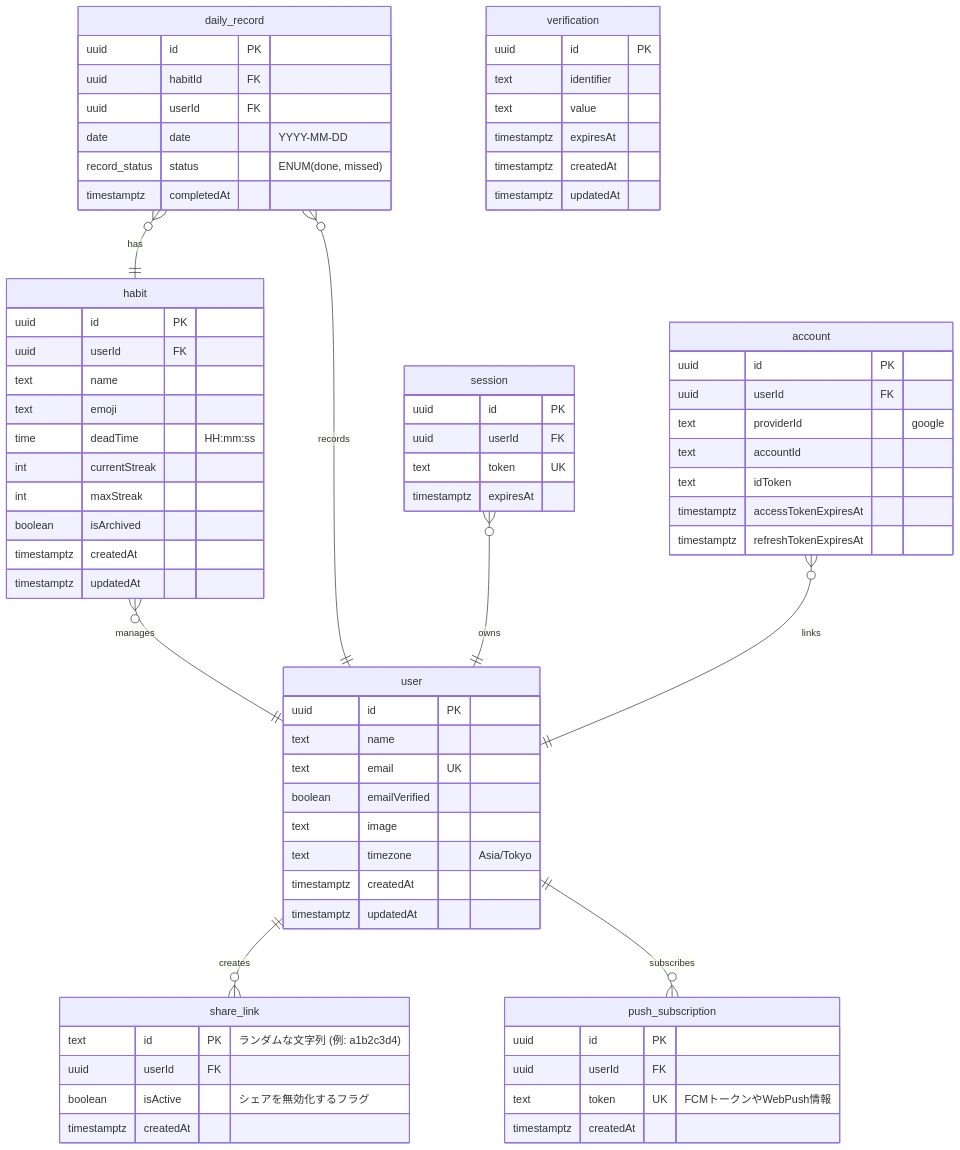
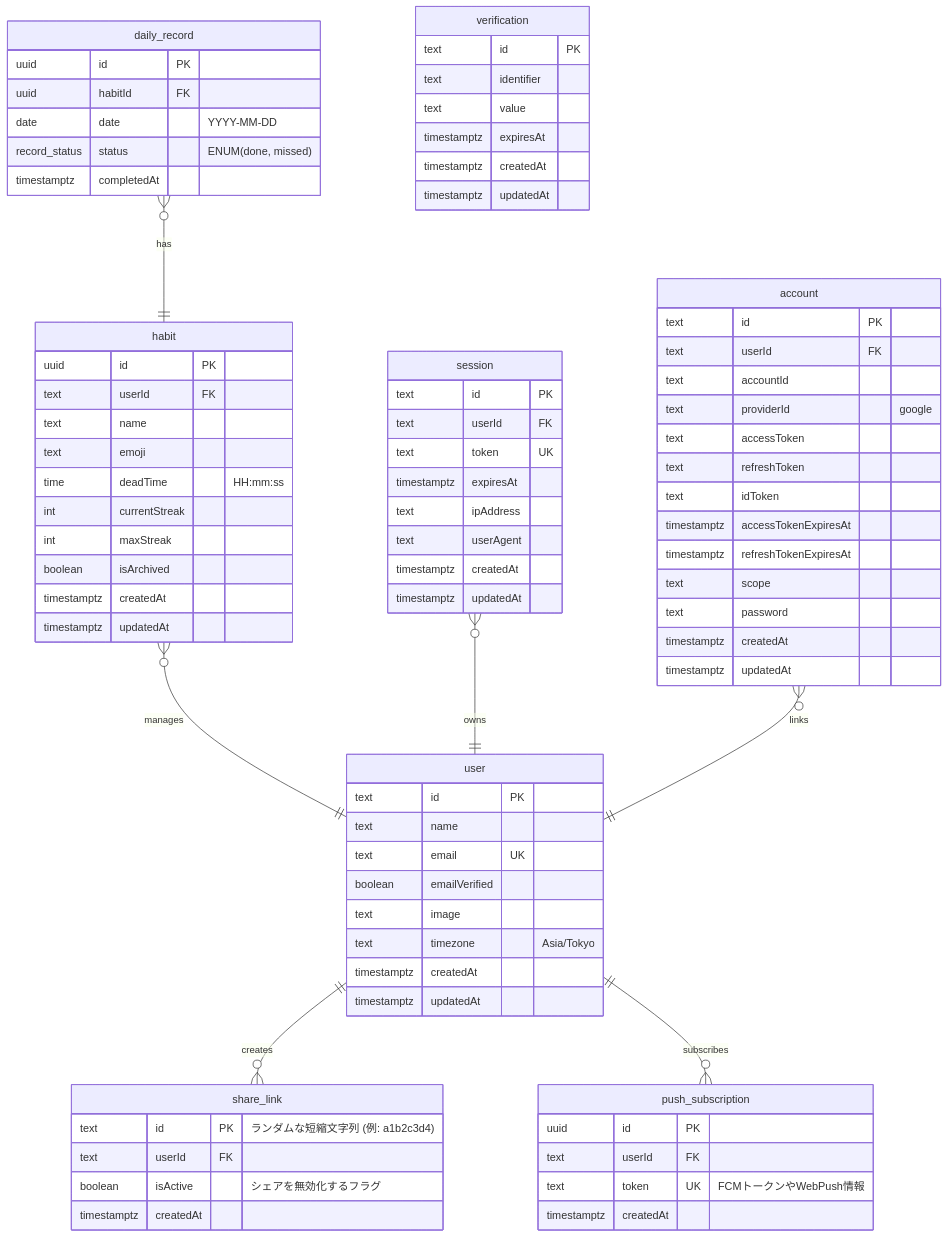
Before and after one commit to devegoma/dailygreen: the diagram in docs/db.md, drawn with Mermaid. The commit also changed other lines of this file and 7 other files, not shown here.

````diff
--- a/docs/db.md
+++ b/docs/db.md
@@ -11,7 +11,6 @@
     direction TB
     daily_record }o--|| habit : "has"
     habit }o--|| user : "manages"
-    daily_record }o--|| user : "records"
     session }o--|| user : "owns"
     account }o--|| user : "links"
     user ||--o{ share_link : "creates"
@@ -20,15 +19,15 @@
     daily_record {
         uuid id PK
         uuid habitId FK
-        uuid userId FK
         date date "YYYY-MM-DD"
         record_status status "ENUM(done, missed)"
         timestamptz completedAt
+        %% UK: habitId と date の複合ユニーク制約（同一日の二重登録防止）
     }
 
     habit {
         uuid id PK
-        uuid userId FK
+        text userId FK
         text name
         text emoji
         time deadTime "HH:mm:ss"
@@ -40,7 +39,7 @@
     }
 
     user {
-        uuid id PK
+        text id PK
         text name
         text email UK
         boolean emailVerified
@@ -51,24 +50,34 @@
     }
 
     session {
-        uuid id PK
-        uuid userId FK
+        text id PK
+        text userId FK
         text token UK
         timestamptz expiresAt
+        text ipAddress
+        text userAgent
+        timestamptz createdAt
+        timestamptz updatedAt
     }
 
     account {
-        uuid id PK
-        uuid userId FK
+        text id PK
+        text userId FK
+        text accountId
         text providerId "google"
-        text accountId
+        text accessToken
+        text refreshToken
         text idToken
         timestamptz accessTokenExpiresAt
         timestamptz refreshTokenExpiresAt
+        text scope
+        text password
+        timestamptz createdAt
+        timestamptz updatedAt
     }
 
     verification {
-        uuid id PK
+        text id PK
         text identifier
         text value
         timestamptz expiresAt
@@ -77,16 +86,17 @@
     }
 
     share_link {
-        text id PK "ランダムな文字列 (例: a1b2c3d4)"
-        uuid userId FK
+        text id PK "ランダムな短縮文字列 (例: a1b2c3d4)"
+        text userId FK
         boolean isActive "シェアを無効化するフラグ"
         timestamptz createdAt
     }
 
     push_subscription {
         uuid id PK
-        uuid userId FK
+        text userId FK
         text token UK "FCMトークンやWebPush情報"
         timestamptz createdAt
     }
+
 ```
````
